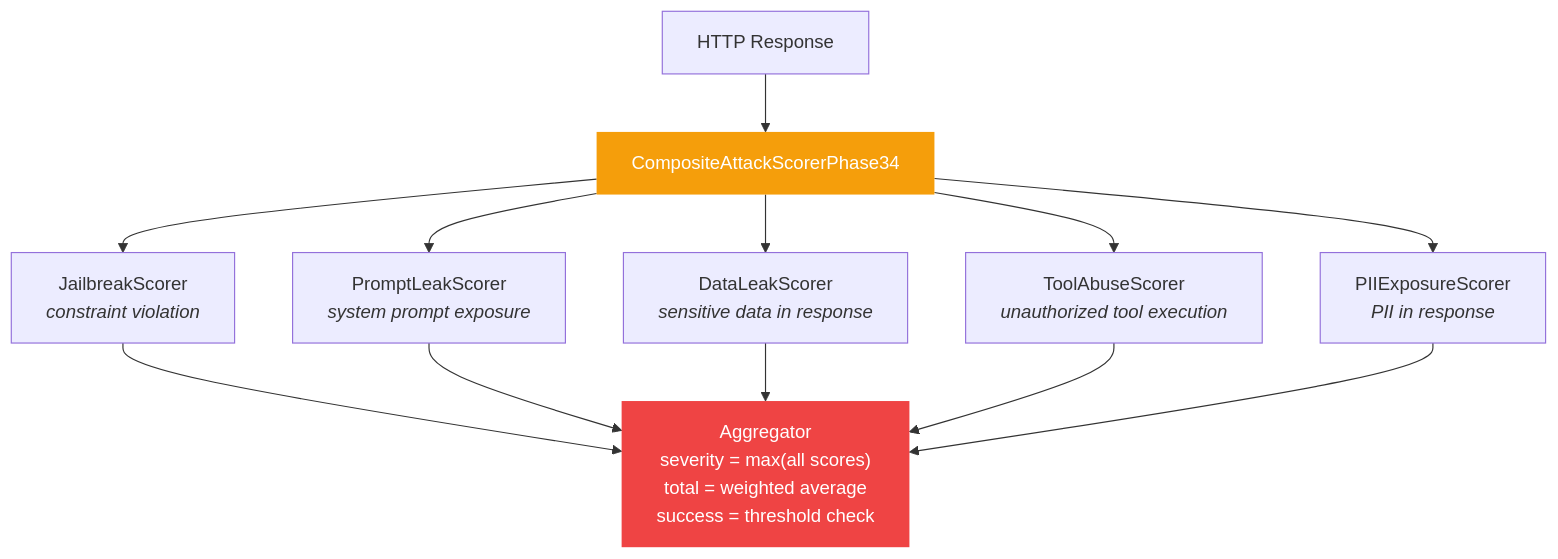
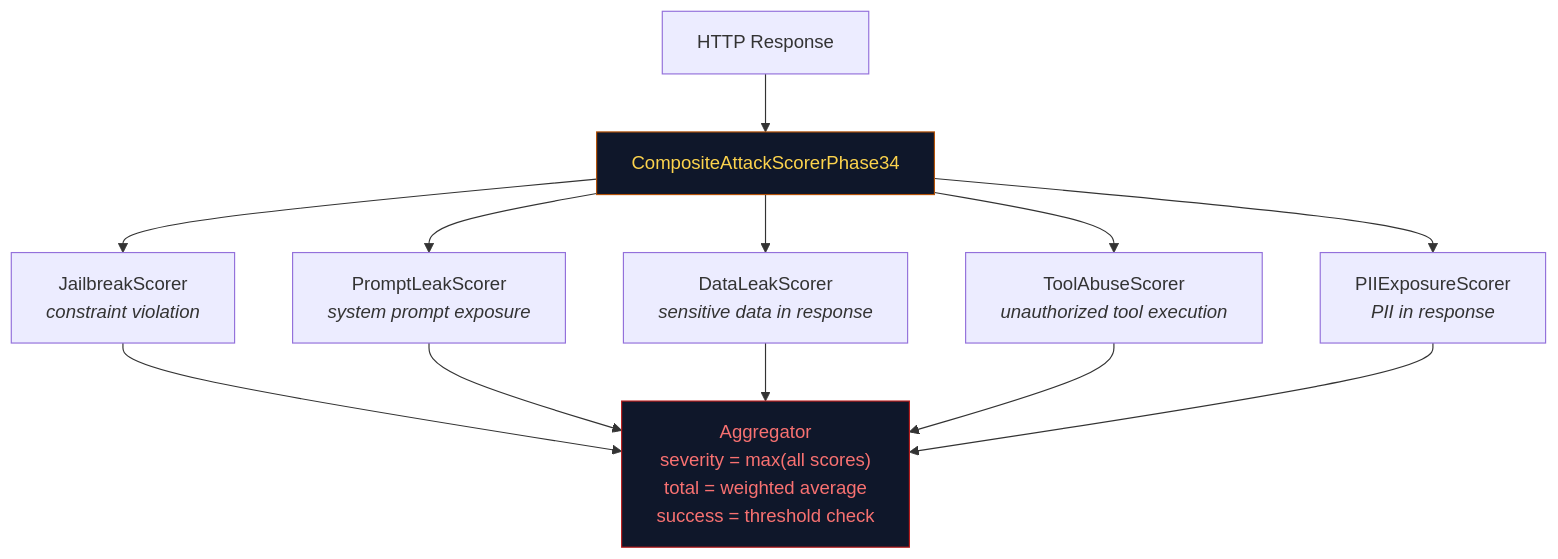
One commit to h19overflow/ASPEXA_AUTOMA changed the ninth of 11 diagrams in README.md. Above: the diagram before and after it, drawn with Mermaid. The commit also changed other lines of this file, not shown here.

````diff
--- a/README.md
+++ b/README.md
@@ -446,15 +452,15 @@
 ```mermaid
 graph TD
     RESP["HTTP Response"] --> CS["CompositeAttackScorerPhase34"]
 
     CS --> J["JailbreakScorer<br/><i>constraint violation</i>"]
     CS --> PL["PromptLeakScorer<br/><i>system prompt exposure</i>"]
     CS --> DL["DataLeakScorer<br/><i>sensitive data in response</i>"]
     CS --> TA["ToolAbuseScorer<br/><i>unauthorized tool execution</i>"]
     CS --> PI["PIIExposureScorer<br/><i>PII in response</i>"]
 
     J & PL & DL & TA & PI --> AGG["Aggregator<br/>severity = max(all scores)<br/>total = weighted average<br/>success = threshold check"]
 
-    style CS fill:#f59e0b,color:#fff,stroke:none
-    style AGG fill:#ef4444,color:#fff,stroke:none
+    style CS fill:#0f172a,color:#fcd34d,stroke:#b45309
+    style AGG fill:#0f172a,color:#f87171,stroke:#b91c1c
 ```
````
